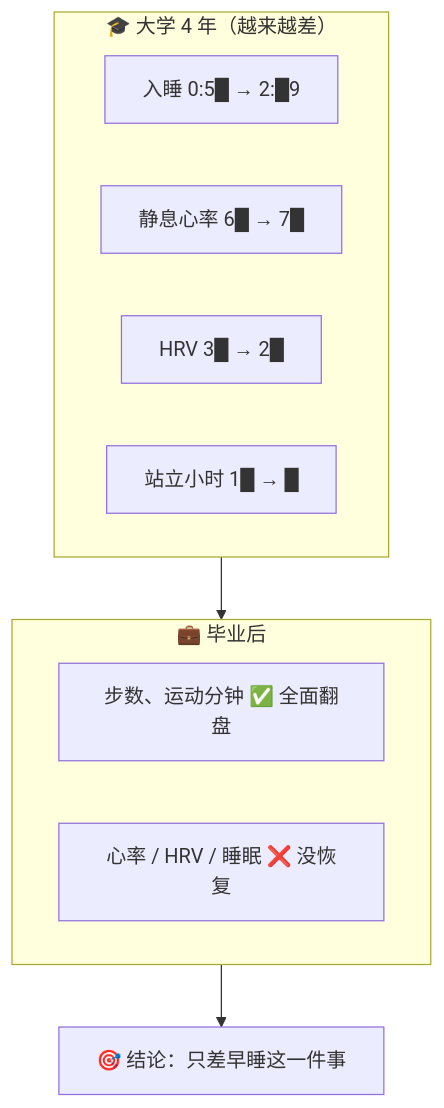
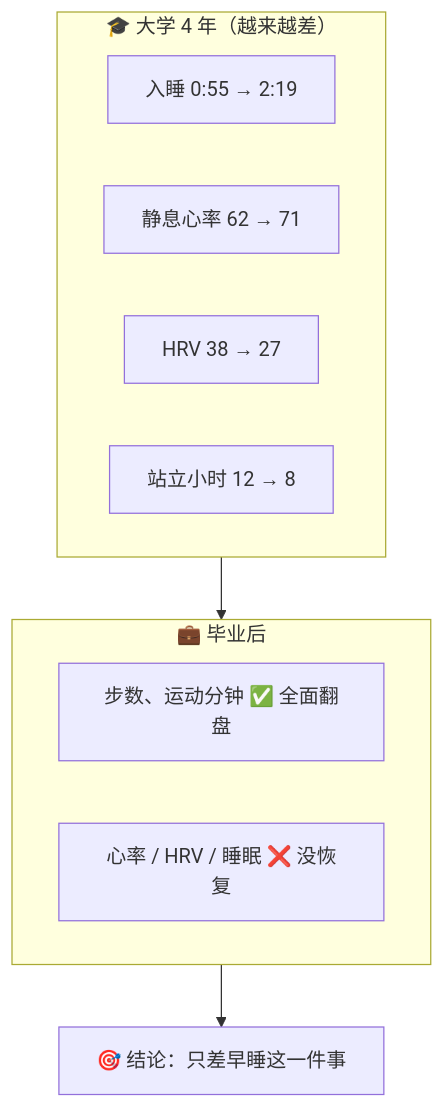
Before and after one commit to JamesNolan17/health-buddy: the fifth of 7 diagrams in README.md, drawn with Mermaid. The commit also changed other lines of this file and 6 other files, not shown here.

````diff
--- a/README.md
+++ b/README.md
@@ -233,14 +233,14 @@
 ```mermaid
 flowchart TB
     subgraph Uni["🎓 大学 4 年（越来越差）"]
-      a1[入睡 0:5█ → 2:█9]
-      a2[静息心率 6█ → 7█]
-      a3[HRV 3█ → 2█]
-      a4[站立小时 1█ → █]
+      a1[入睡 0:55 → 2:19]
+      a2[静息心率 62 → 71]
+      a3[HRV 38 → 27]
+      a4[站立小时 12 → 8]
     end
     subgraph After["💼 毕业后"]
       b1[步数、运动分钟 ✅ 全面翻盘]
       b2[心率 / HRV / 睡眠 ❌ 没恢复]
     end
     Uni --> After --> c[🎯 结论：只差早睡这一件事]
 ```
````
